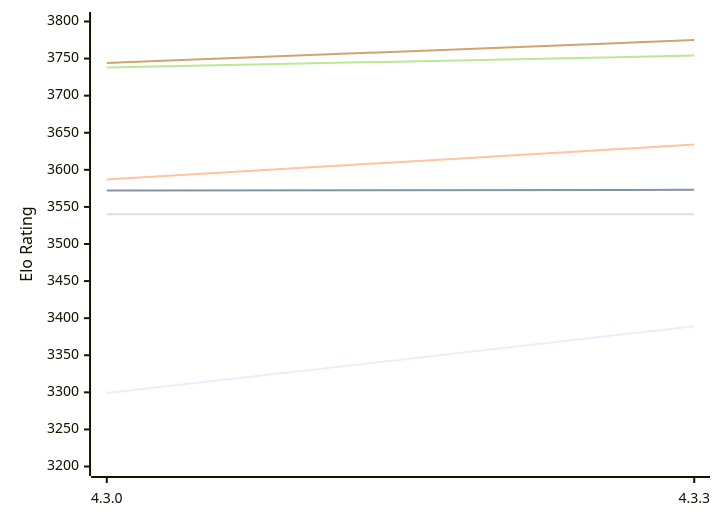
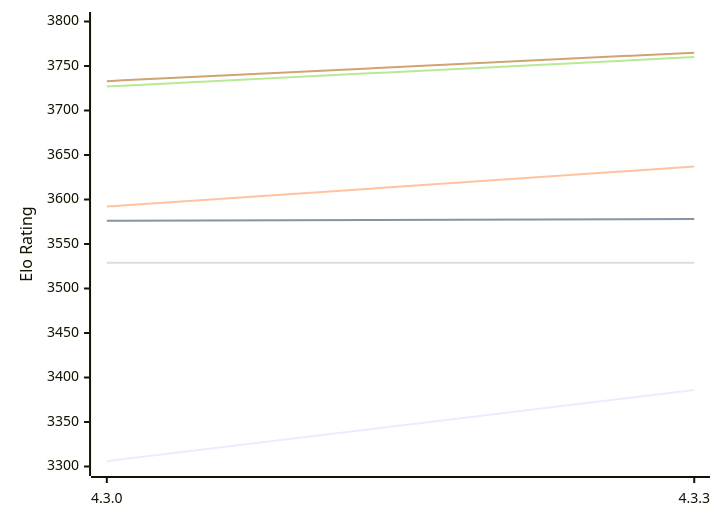
Before and after one commit to computer-chess-index/cci: the first of 2 diagrams in engines/Gaia.md, drawn with Mermaid. The commit also changed other lines of this file, not shown here.

Commit message:
Update CCI Ratings (ELO VLTC) - 2026-10-13

````diff
--- a/engines/Gaia.md
+++ b/engines/Gaia.md
@@ -55,12 +55,12 @@
 ```mermaid
 %%{init: {"theme":"base","themeVariables":{"seriesColors:['#a3a3a3','#222221','#faa371']}}}%%
 xychart-beta
   x-axis ["4.3.0", "4.3.3"]
-  y-axis "Elo Rating" 3200 --> 3800
-  line "E1: STC (8.0+0.08s)" [3299, 3389]
-  line "E1: LTC (60.0+0.60s)" [3572, 3573]
-  line "E1: VLTC (2m24s+1.12s)" [3587, 3634]
-  line "P1: STC (8.0+0.08s)" [3540, 3540]
-  line "P1: LTC (60.0+0.60s)" [3738, 3754]
-  line "P1: VLTC (2m24s+1.12s)" [3744, 3775]
+  y-axis "Elo Rating" 3300 --> 3800
+  line "E1: STC (8.0+0.08s)" [3306, 3386]
+  line "E1: LTC (60.0+0.60s)" [3576, 3578]
+  line "E1: VLTC (2m24s+1.12s)" [3592, 3637]
+  line "P1: STC (8.0+0.08s)" [3529, 3529]
+  line "P1: LTC (60.0+0.60s)" [3727, 3760]
+  line "P1: VLTC (2m24s+1.12s)" [3733, 3765]
 ```
````
